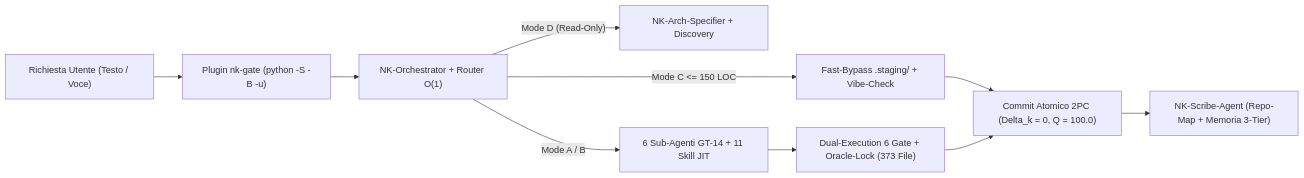
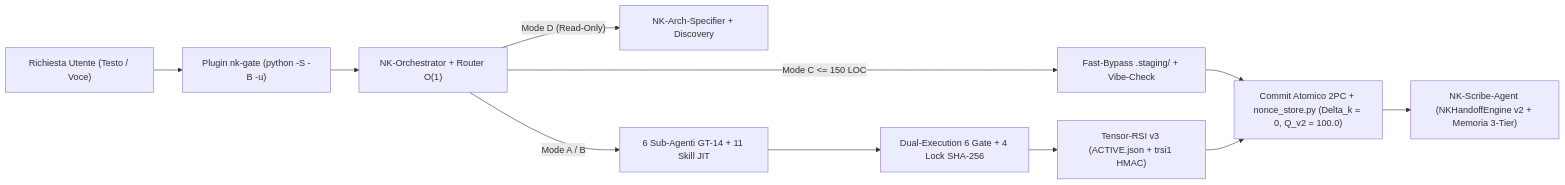
Before and after one commit to erbaldo86/NK-Hub: the first of 2 diagrams in .github/README.md, drawn with Mermaid. The commit also changed other lines of this file and 401 other files, not shown here.

Commit message:
feat(release): NK Hub Generation v3.0.2-Generation (Tensor-RSI v3, Handoff V2, NVMe Pyramid, Forensic Hardening & GitHub Showcase)

````diff
--- a/.github/README.md
+++ b/.github/README.md
@@ -153,12 +154,13 @@
 ```mermaid
 flowchart LR
     U["Richiesta Utente (Testo / Voce)"] --> HG["Plugin nk-gate (python -S -B -u)"]
     HG --> R["NK-Orchestrator + Router O(1)"]
     R -->|"Mode D (Read-Only)"| RO["NK-Arch-Specifier + Discovery"]
     R -->|"Mode C <= 150 LOC"| FB["Fast-Bypass .staging/ + Vibe-Check"]
     R -->|"Mode A / B"| SW["6 Sub-Agenti GT-14 + 11 Skill JIT"]
-    SW --> AU["Dual-Execution 6 Gate + Oracle-Lock (373 File)"]
-    FB --> TPC["Commit Atomico 2PC (Delta_k = 0, Q = 100.0)"]
-    AU --> TPC
-    TPC --> SCR["NK-Scribe-Agent (Repo-Map + Memoria 3-Tier)"]
+    SW --> AU["Dual-Execution 6 Gate + 4 Lock SHA-256"]
+    AU --> TR["Tensor-RSI v3 (ACTIVE.json + trsi1 HMAC)"]
+    FB --> TPC["Commit Atomico 2PC + nonce_store.py (Delta_k = 0, Q_v2 = 100.0)"]
+    TR --> TPC
+    TPC --> SCR["NK-Scribe-Agent (NKHandoffEngine v2 + Memoria 3-Tier)"]
 ```
````
